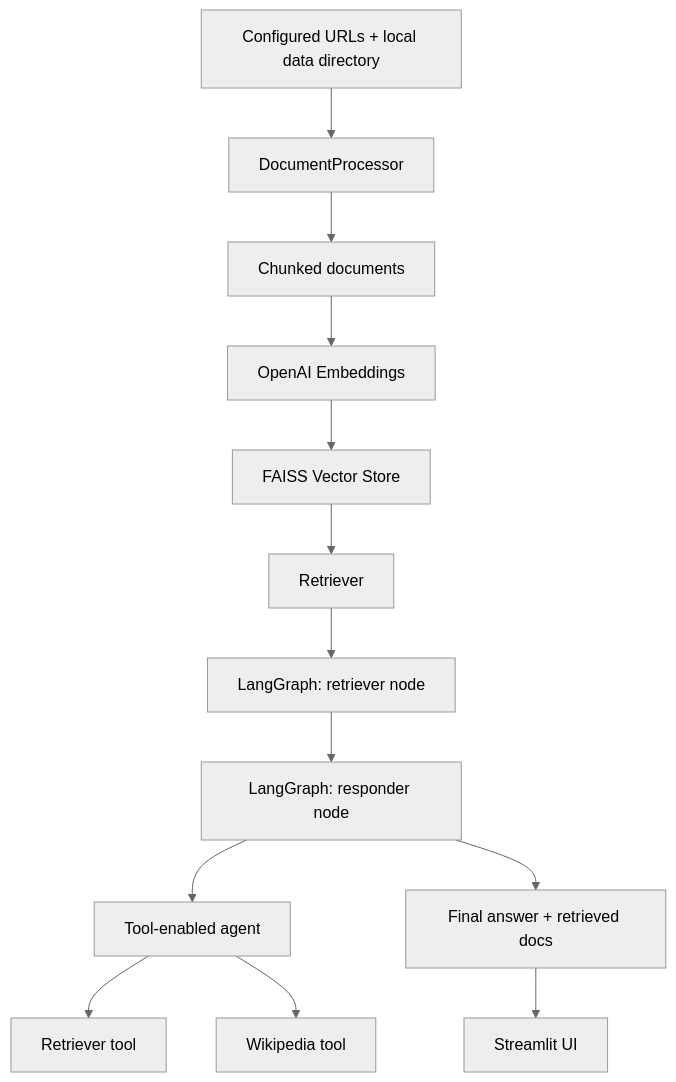
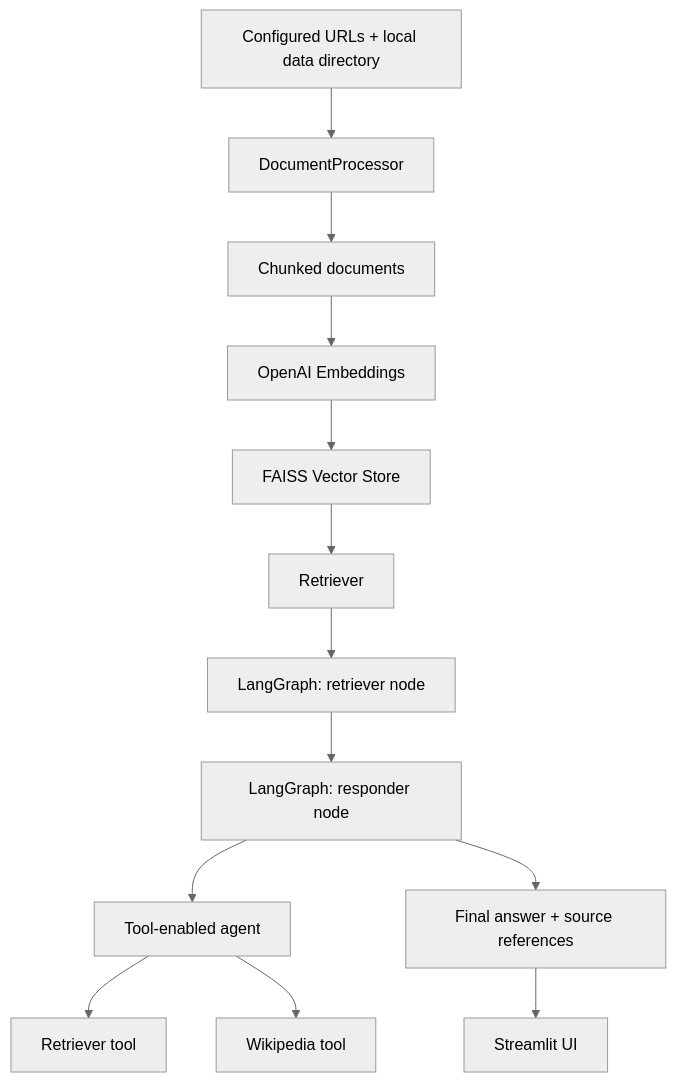
Before and after one commit to PrynAI/AdRAGSearch: the diagram in README.md, drawn with Mermaid (neutral theme). The commit also changed other lines of this file and 3 other files, not shown here.

````diff
--- a/README.md
+++ b/README.md
@@ -66,15 +68,15 @@
 ```mermaid
 flowchart TD
     A[Configured URLs + local data directory] --> B[DocumentProcessor]
     B --> C[Chunked documents]
     C --> D[OpenAI Embeddings]
     D --> E[FAISS Vector Store]
     E --> F[Retriever]
     F --> G[LangGraph: retriever node]
     G --> H[LangGraph: responder node]
     H --> I[Tool-enabled agent]
     I --> J[Retriever tool]
     I --> K[Wikipedia tool]
-    H --> L[Final answer + retrieved docs]
+    H --> L[Final answer + source references]
     L --> M[Streamlit UI]
 ```
````
